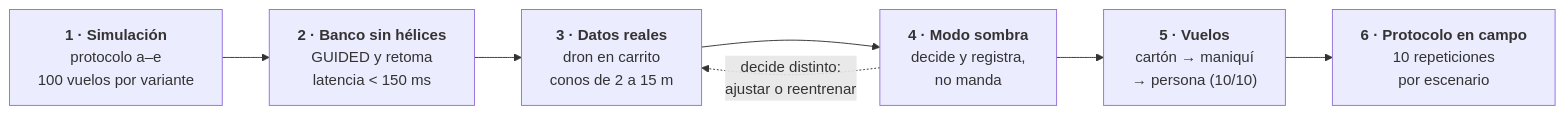
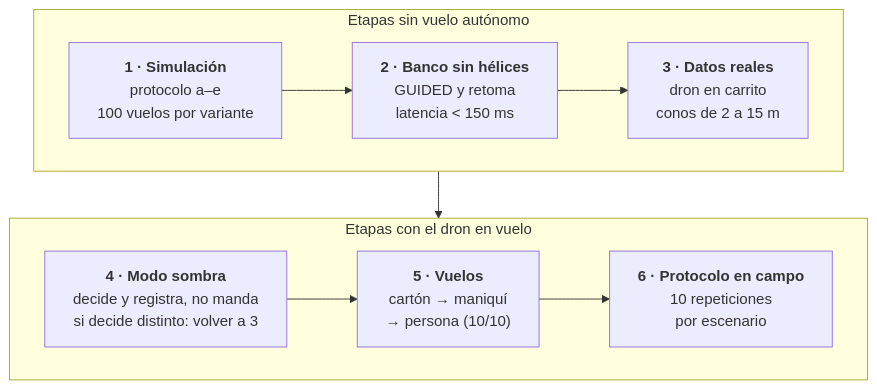
One commit to brahianorrego/Tesis-IA-Drone changed the diagram in docs/documento/diagramas/03_experimento.mmd. Above: the diagram before and after it, drawn with Mermaid. The commit also changed 25 other files, not shown here.

First line of the commit message:
Documento v2: diagramas legibles, anexos con hipervínculos y formato de la plantilla USB

```diff
--- a/docs/documento/diagramas/03_experimento.mmd
+++ b/docs/documento/diagramas/03_experimento.mmd
@@ -1,7 +1,10 @@
-flowchart LR
-    A["<b>1 · Simulación</b><br/>protocolo a–e<br/>100 vuelos por variante"] --> B["<b>2 · Banco sin hélices</b><br/>GUIDED y retoma<br/>latencia &lt; 150 ms"]
-    B --> C["<b>3 · Datos reales</b><br/>dron en carrito<br/>conos de 2 a 15 m"]
-    C --> D["<b>4 · Modo sombra</b><br/>decide y registra,<br/>no manda"]
-    D --> E["<b>5 · Vuelos</b><br/>cartón → maniquí<br/>→ persona (10/10)"]
-    E --> F["<b>6 · Protocolo en campo</b><br/>10 repeticiones<br/>por escenario"]
-    D -. "decide distinto:<br/>ajustar o reentrenar" .-> C
+flowchart TB
+    subgraph R1["Etapas sin vuelo autónomo"]
+        direction LR
+        A["<b>1 · Simulación</b><br/>protocolo a–e<br/>100 vuelos por variante"] --> B["<b>2 · Banco sin hélices</b><br/>GUIDED y retoma<br/>latencia &lt; 150 ms"] --> C["<b>3 · Datos reales</b><br/>dron en carrito<br/>conos de 2 a 15 m"]
+    end
+    subgraph R2["Etapas con el dron en vuelo"]
+        direction LR
+        D["<b>4 · Modo sombra</b><br/>decide y registra, no manda<br/>si decide distinto: volver a 3"] --> E["<b>5 · Vuelos</b><br/>cartón → maniquí<br/>→ persona (10/10)"] --> F["<b>6 · Protocolo en campo</b><br/>10 repeticiones<br/>por escenario"]
+    end
+    R1 --> R2
```
